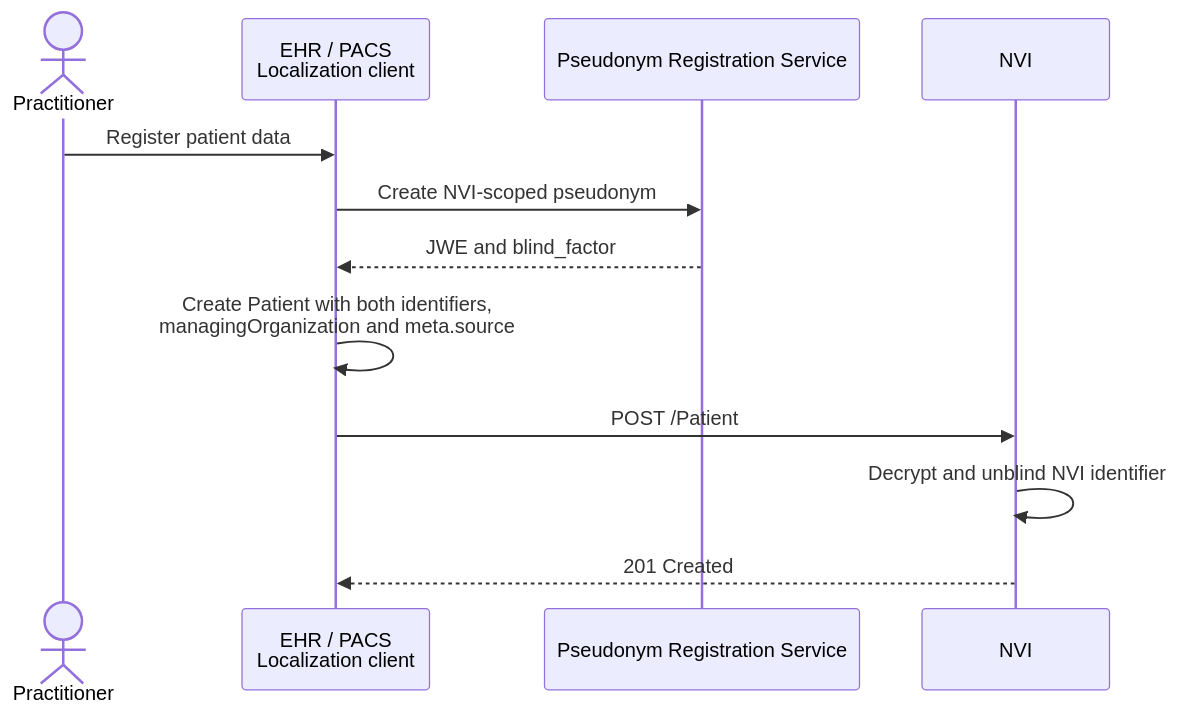
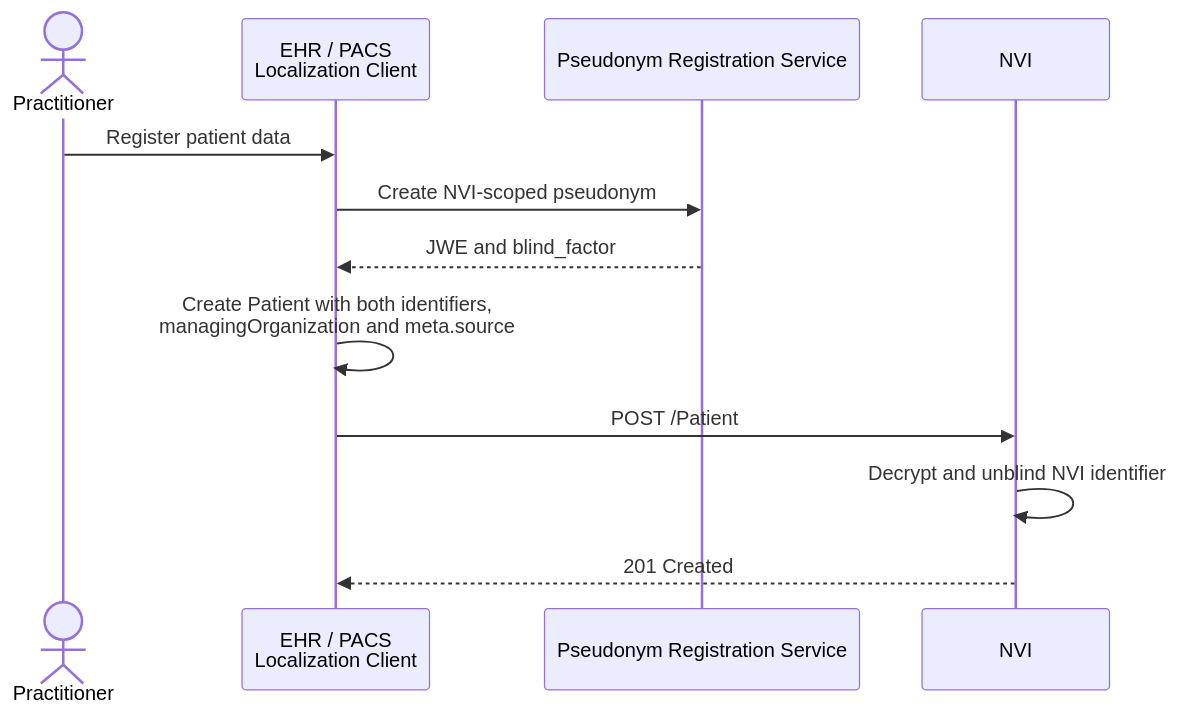
One commit to minvws/generiekefuncties-docs changed the first of 2 diagrams in input/pagecontent/localization.md. Above: the diagram before and after it, drawn with Mermaid. The commit also changed other lines of this file and 1 other file, not shown here.

````diff
--- a/input/pagecontent/localization.md
+++ b/input/pagecontent/localization.md
@@ -246,15 +248,15 @@
 ```mermaid
 sequenceDiagram
     actor doctor as Practitioner
-    participant ehr as EHR / PACS<br/>Localization client
+    participant ehr as EHR / PACS<br/>Localization Client
     participant prs as Pseudonym Registration Service
     participant NVI as NVI
 
     doctor->>ehr: Register patient data
     ehr->>prs: Create NVI-scoped pseudonym
     prs-->>ehr: JWE and blind_factor
     ehr->>ehr: Create Patient with both identifiers,<br/>managingOrganization and meta.source
     ehr->>NVI: POST /Patient
     NVI->>NVI: Decrypt and unblind NVI identifier
     NVI-->>ehr: 201 Created
 ```
````
